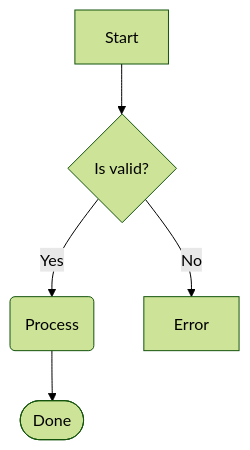
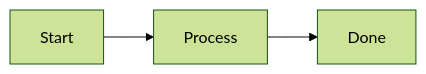
One commit to Binlogo/meraid changed the first of 6 diagrams in README.md. Above: the diagram before and after it, drawn with Mermaid (forest theme). The commit also changed other lines of this file and 19 other files, not shown here.

`````diff
--- a/README.md
+++ b/README.md
@@ -106,7 +109,4 @@
 ````mermaid
-graph TD
-    A[Start] --> B{Is valid?}
-    B -->|Yes| C(Process)
-    C --> D([Done])
-    B -->|No| E[Error]
+graph LR
+    A[Start] --> B[Process] --> C[Done]
 ````
`````
